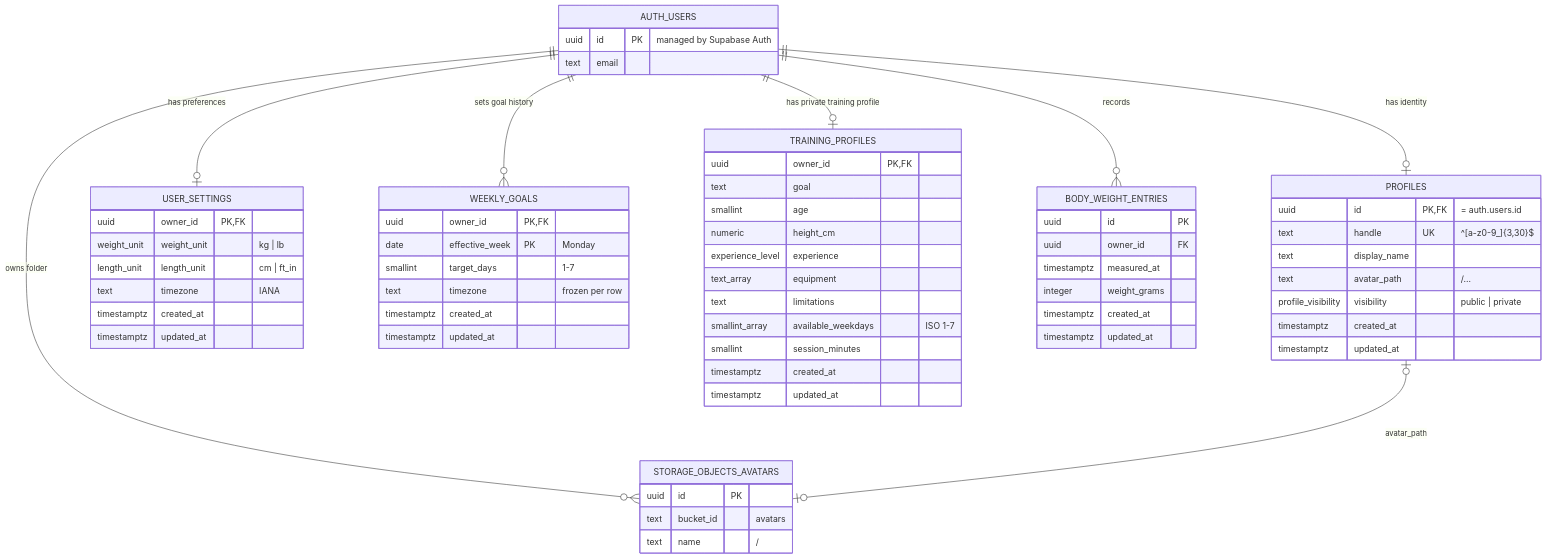
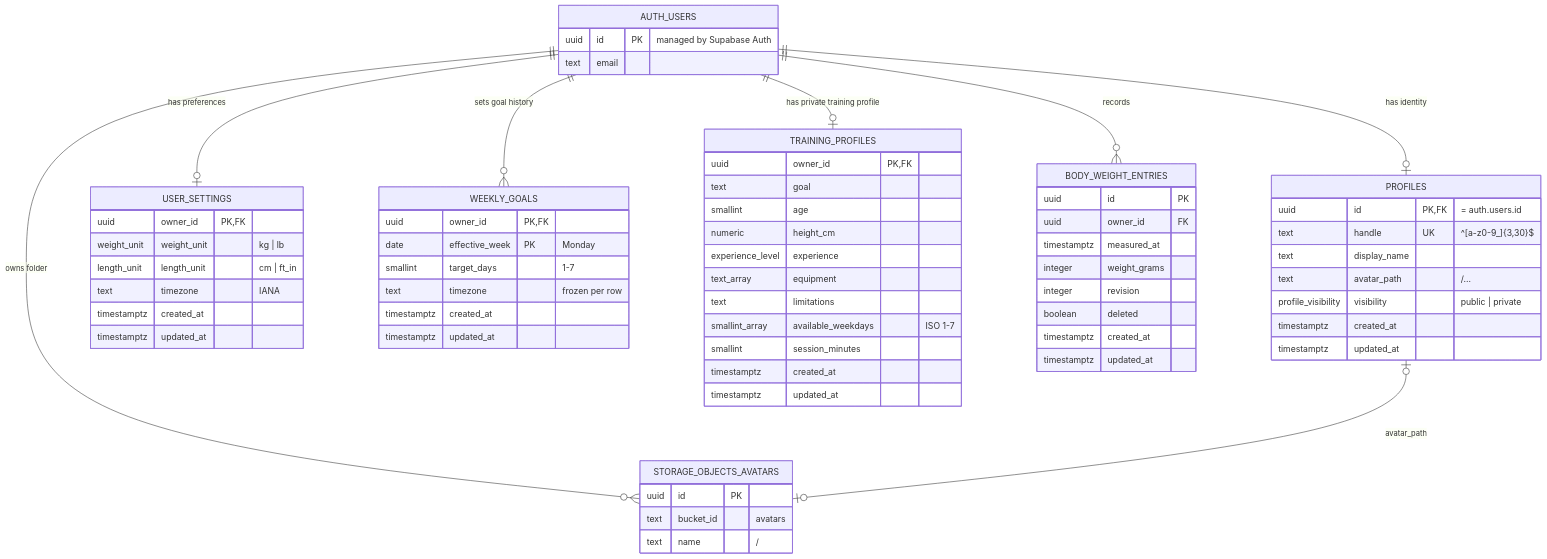
Before and after one commit to rubenyh/ai-gym-app: the first of 4 diagrams in docs/DB-DIAGRAM.md, drawn with Mermaid. The commit also changed other lines of this file and 4 other files, not shown here.

````diff
--- a/docs/DB-DIAGRAM.md
+++ b/docs/DB-DIAGRAM.md
@@ -9,66 +7,68 @@
 ```mermaid
 erDiagram
     AUTH_USERS ||--o| PROFILES : "has identity"
     AUTH_USERS ||--o| USER_SETTINGS : "has preferences"
     AUTH_USERS ||--o{ WEEKLY_GOALS : "sets goal history"
     AUTH_USERS ||--o| TRAINING_PROFILES : "has private training profile"
     AUTH_USERS ||--o{ BODY_WEIGHT_ENTRIES : "records"
     AUTH_USERS ||--o{ STORAGE_OBJECTS_AVATARS : "owns folder"
     PROFILES |o--o| STORAGE_OBJECTS_AVATARS : "avatar_path"
 
     AUTH_USERS {
         uuid id PK "managed by Supabase Auth"
         text email
     }
     PROFILES {
         uuid id PK,FK "= auth.users.id"
         text handle UK "^[a-z0-9_]{3,30}$"
         text display_name
         text avatar_path "<id>/..."
         profile_visibility visibility "public | private"
         timestamptz created_at
         timestamptz updated_at
     }
     USER_SETTINGS {
         uuid owner_id PK,FK
         weight_unit weight_unit "kg | lb"
         length_unit length_unit "cm | ft_in"
         text timezone "IANA"
         timestamptz created_at
         timestamptz updated_at
     }
     WEEKLY_GOALS {
         uuid owner_id PK,FK
         date effective_week PK "Monday"
         smallint target_days "1-7"
         text timezone "frozen per row"
         timestamptz created_at
         timestamptz updated_at
     }
     TRAINING_PROFILES {
         uuid owner_id PK,FK
         text goal
         smallint age
         numeric height_cm
         experience_level experience
         text_array equipment
         text limitations
         smallint_array available_weekdays "ISO 1-7"
         smallint session_minutes
         timestamptz created_at
         timestamptz updated_at
     }
     BODY_WEIGHT_ENTRIES {
         uuid id PK
         uuid owner_id FK
         timestamptz measured_at
         integer weight_grams
+        integer revision
+        boolean deleted
         timestamptz created_at
         timestamptz updated_at
     }
     STORAGE_OBJECTS_AVATARS {
         uuid id PK
         text bucket_id "avatars"
         text name "<owner id>/<file>"
     }
 ```
````
